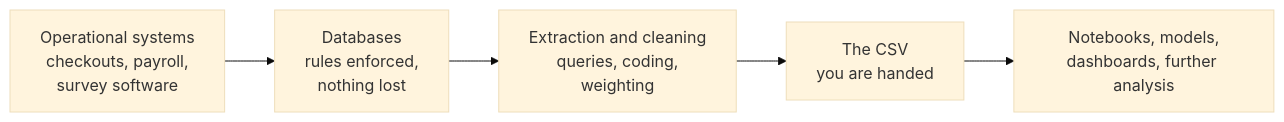
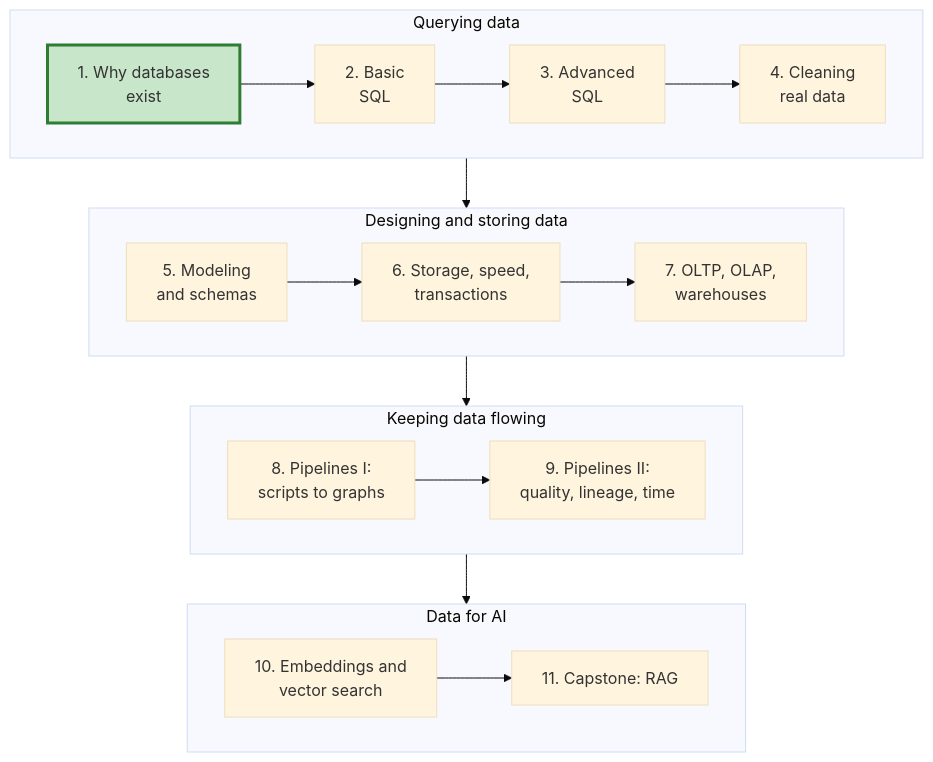
Before and after one commit to ubcecon/praxis-ubc: the first of 2 diagrams in project/docs/Data_Engineer/notebook_01_why_databases_exist.qmd, drawn with Mermaid (base theme). The commit also changed 4 other files, not shown here.

````diff
--- a/project/docs/Data_Engineer/notebook_01_why_databases_exist.qmd
+++ b/project/docs/Data_Engineer/notebook_01_why_databases_exist.qmd
@@ -56,4 +56,21 @@
 ```{mermaid}
-flowchart LR
-    A["Operational systems<br/>checkouts, payroll,<br/>survey software"] --> B["Databases<br/>rules enforced,<br/>nothing lost"] --> C["Extraction and cleaning<br/>queries, coding,<br/>weighting"] --> D["The CSV<br/>you are handed"] --> E["Notebooks, models,<br/>dashboards, further analysis"]
+flowchart TB
+    subgraph ARC1["Querying data"]
+        direction LR
+        NB1["1. Why databases<br/>exist"] --> NB2["2. Basic<br/>SQL"] --> NB3["3. Advanced<br/>SQL"] --> NB4["4. Cleaning<br/>real data"]
+    end
+    subgraph ARC2["Designing and storing data"]
+        direction LR
+        NB5["5. Modeling<br/>and schemas"] --> NB6["6. Storage, speed,<br/>transactions"] --> NB7["7. OLTP, OLAP,<br/>warehouses"]
+    end
+    subgraph ARC3["Keeping data flowing"]
+        direction LR
+        NB8["8. Pipelines I:<br/>scripts to graphs"] --> NB9["9. Pipelines II:<br/>quality, lineage, time"]
+    end
+    subgraph ARC4["Data for AI"]
+        direction LR
+        NB10["10. Embeddings and<br/>vector search"] --> NB11["11. Capstone: RAG"]
+    end
+    ARC1 --> ARC2 --> ARC3 --> ARC4
+    style NB1 fill:#c8e6c9,stroke:#2e7d32,stroke-width:3px
 ```
````
